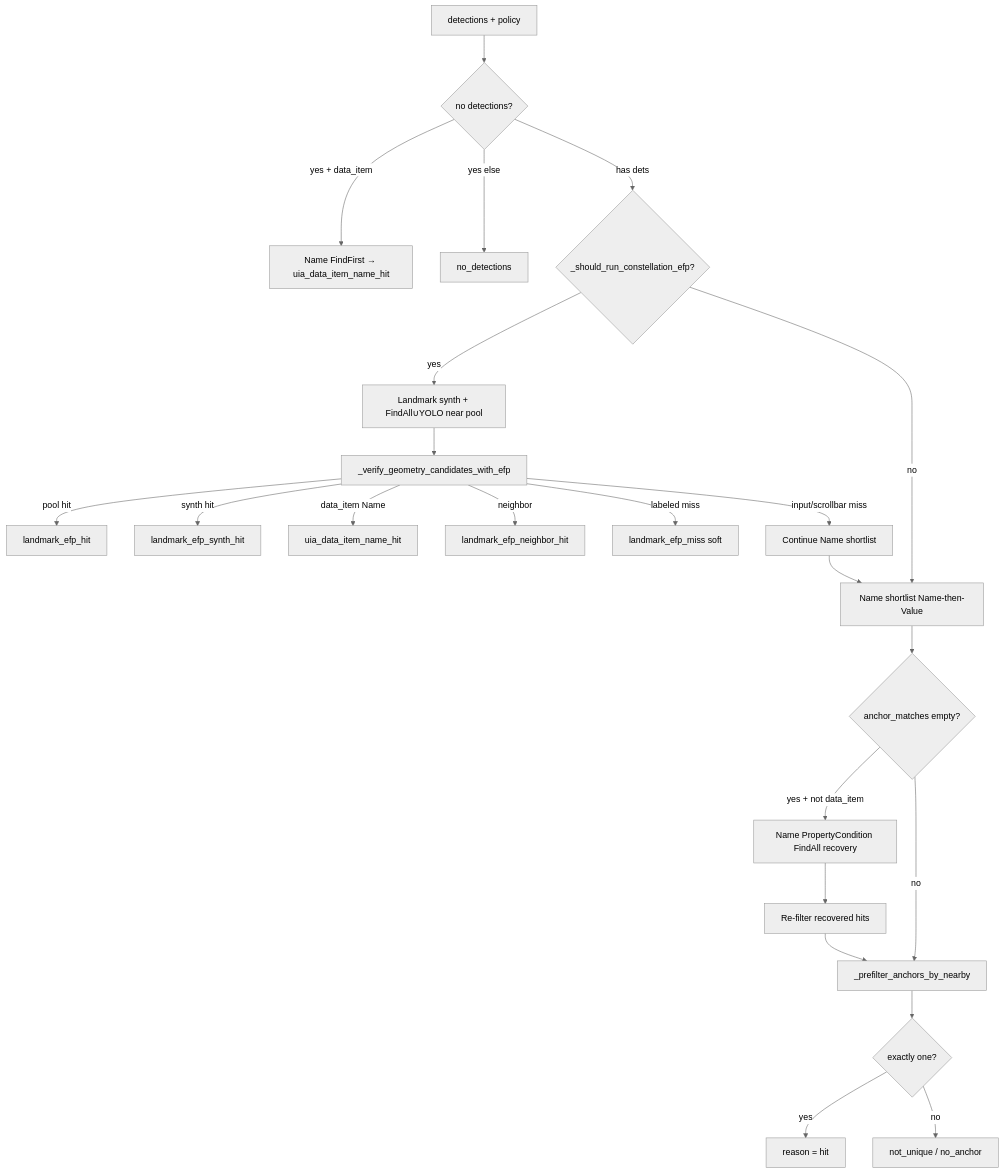
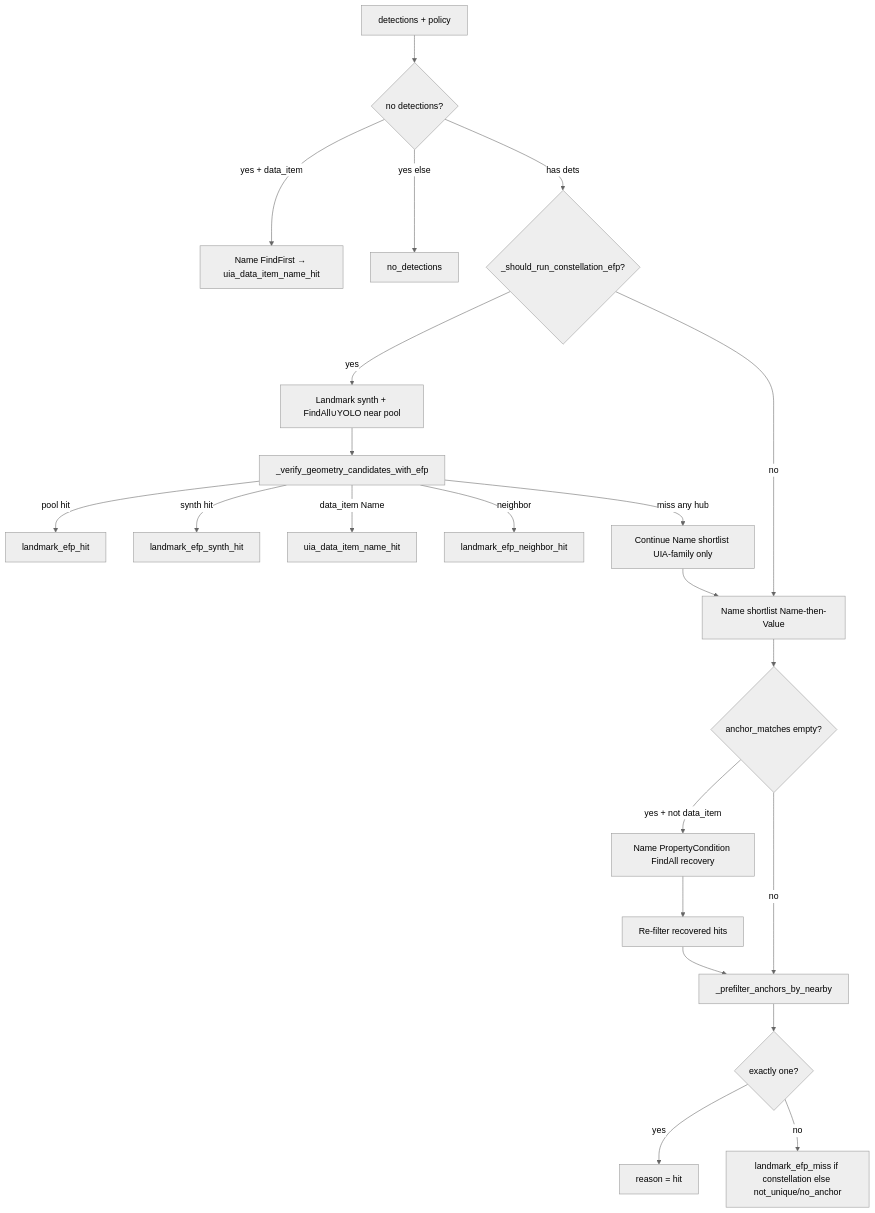
The third of 7 diagrams in docs/replay-flow.md (josephorng/QualityAssuranceAgent), drawn with Mermaid (neutral theme) before and after one commit. The commit also changed other lines of this file and 2 other files, not shown here.

Commit message:
Continue Name shortlist after constellation EFP miss for uia_efp hubs.
Press-time FindAll truncation often stamps hub_source=uia_efp; live Name FindAll can still recover the leaf, while UIA-family filtering keeps deferred YOLO from faking the hit.

````diff
--- a/docs/replay-flow.md
+++ b/docs/replay-flow.md
@@ -106,27 +106,26 @@
 ```mermaid
 flowchart TD
   Start[detections + policy] --> Empty{no detections?}
   Empty -->|yes + data_item| DI1[Name FindFirst → uia_data_item_name_hit]
   Empty -->|yes else| ND[no_detections]
   Empty -->|has dets| CE{_should_run_constellation_efp?}
 
   CE -->|yes| Synth[Landmark synth + FindAll∪YOLO near pool]
   Synth --> EFP[_verify_geometry_candidates_with_efp]
   EFP -->|pool hit| EH[landmark_efp_hit]
   EFP -->|synth hit| ES[landmark_efp_synth_hit]
   EFP -->|data_item Name| DI2[uia_data_item_name_hit]
   EFP -->|neighbor| EN[landmark_efp_neighbor_hit]
-  EFP -->|labeled miss| EM[landmark_efp_miss soft]
-  EFP -->|input/scrollbar miss| Cont[Continue Name shortlist]
+  EFP -->|miss any hub| Cont[Continue Name shortlist UIA-family only]
 
   CE -->|no| Name[Name shortlist Name-then-Value]
   Cont --> Name
   Name --> MissName{anchor_matches empty?}
   MissName -->|yes + not data_item| NF[Name PropertyCondition FindAll recovery]
   NF --> Name2[Re-filter recovered hits]
   MissName -->|no| Pre[_prefilter_anchors_by_nearby]
   Name2 --> Pre
   Pre --> Uniq{exactly one?}
   Uniq -->|yes| Hit[reason = hit]
-  Uniq -->|no| NU[not_unique / no_anchor]
+  Uniq -->|no| NU[landmark_efp_miss if constellation else not_unique/no_anchor]
 ```
````
